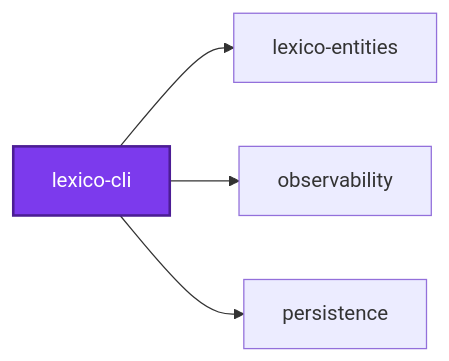
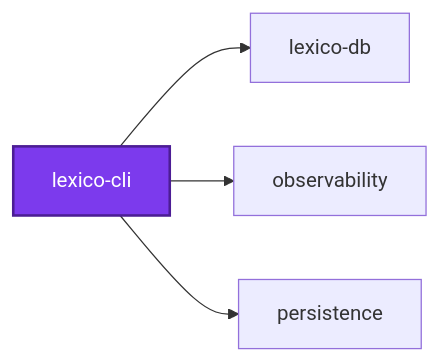
Before and after one commit to organizzolini/codebase: the first of 3 diagrams in projects/lexico/lexico-cli/README.md, drawn with Mermaid. The commit also changed other lines of this file and 279 other files, not shown here.

Commit message:
refactor(lexico-db,lexico,lexico-cli,configuration): ♻️ rename lexico-entities to lexico-db and split its modules

````diff
--- a/projects/lexico/lexico-cli/README.md
+++ b/projects/lexico/lexico-cli/README.md
@@ -855,12 +855,12 @@
 ```mermaid
 graph LR
   lexico_cli["lexico-cli"]
-  lexico_entities["lexico-entities"]
+  lexico_db["lexico-db"]
   observability["observability"]
   persistence["persistence"]
-  lexico_cli --> lexico_entities
+  lexico_cli --> lexico_db
   lexico_cli --> observability
   lexico_cli --> persistence
   classDef subject fill:#7c3aed,color:#fff,stroke:#4c1d95,stroke-width:2px
   class lexico_cli subject
 ```
````
